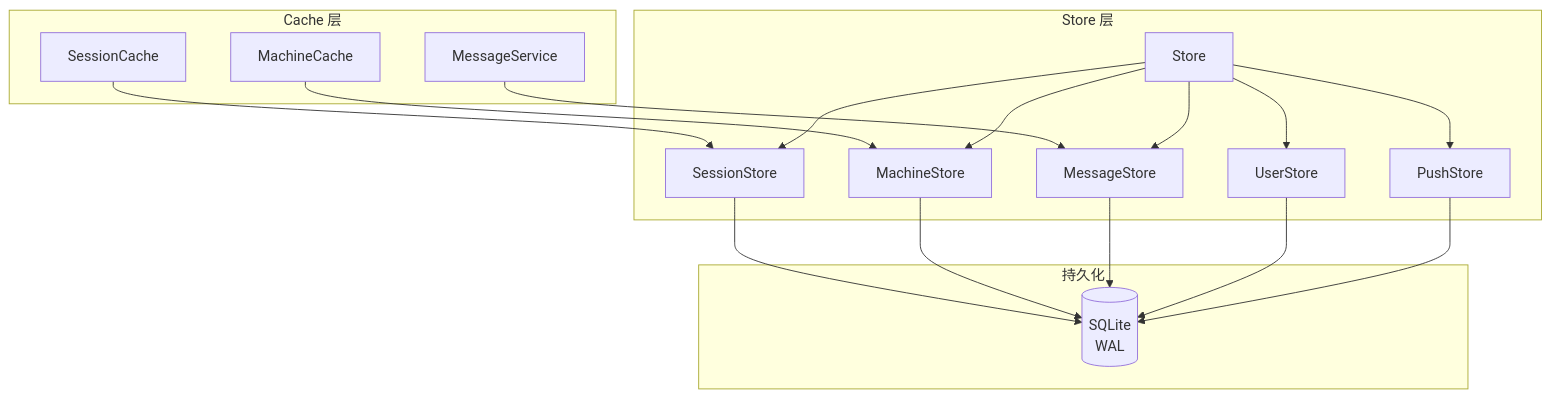
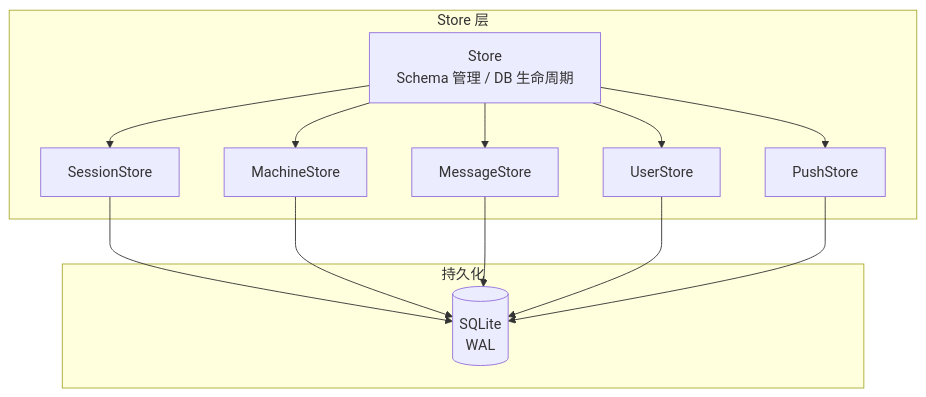
The diagram in docs/architecture/hub/store/README.md (ModuBit/mobi), drawn with Mermaid before and after one commit. The commit also changed other lines of this file and 56 other files, not shown here.

````diff
--- a/docs/architecture/hub/store/README.md
+++ b/docs/architecture/hub/store/README.md
@@ -9,37 +9,27 @@
 ```mermaid
 graph TB
-    subgraph Cache 层
-        SessionCache[SessionCache]
-        MachineCache[MachineCache]
-        MessageService[MessageService]
-    end
-
     subgraph Store 层
-        Store[Store]
+        Store[Store<br/>Schema 管理 / DB 生命周期]
         SessionStore[SessionStore]
         MachineStore[MachineStore]
         MessageStore[MessageStore]
         UserStore[UserStore]
         PushStore[PushStore]
     end
 
     subgraph 持久化
         SQLite[(SQLite<br/>WAL)]
     end
-
-    SessionCache --> SessionStore
-    MachineCache --> MachineStore
-    MessageService --> MessageStore
 
     Store --> SessionStore
     Store --> MachineStore
     Store --> MessageStore
     Store --> UserStore
     Store --> PushStore
 
     SessionStore --> SQLite
     MachineStore --> SQLite
     MessageStore --> SQLite
     UserStore --> SQLite
     PushStore --> SQLite
 ```
````
